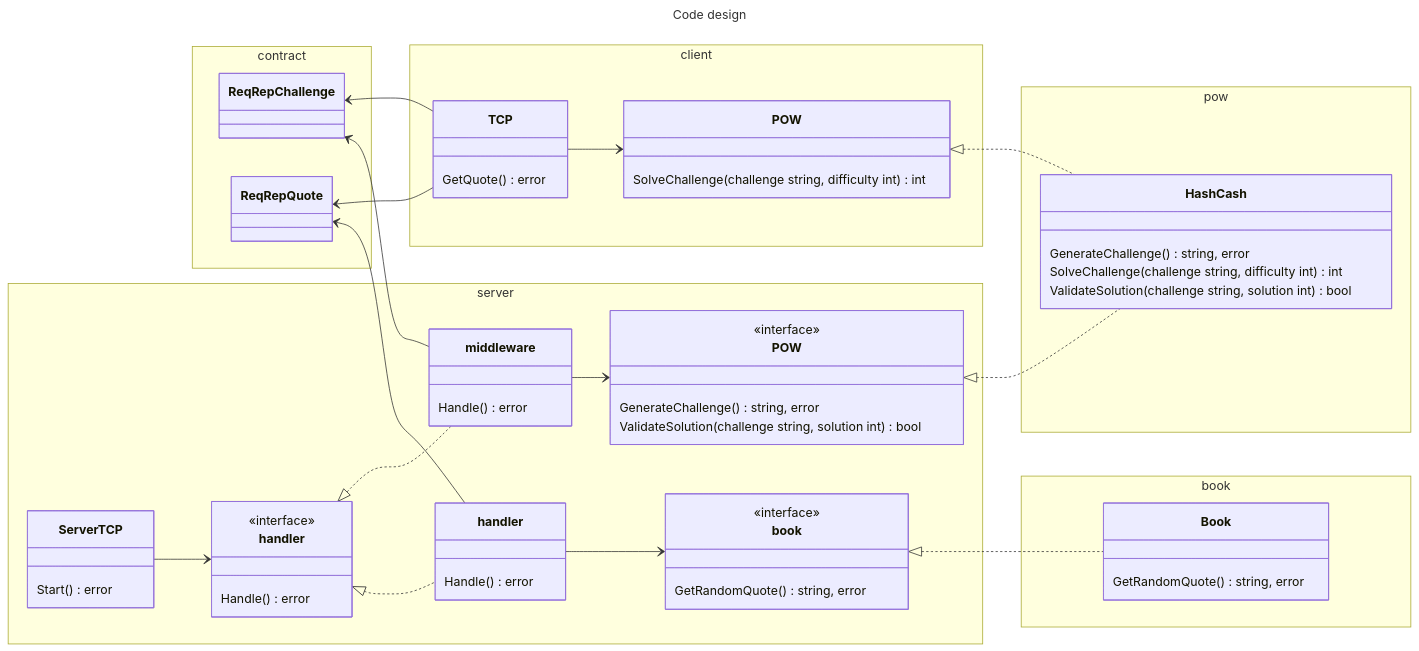
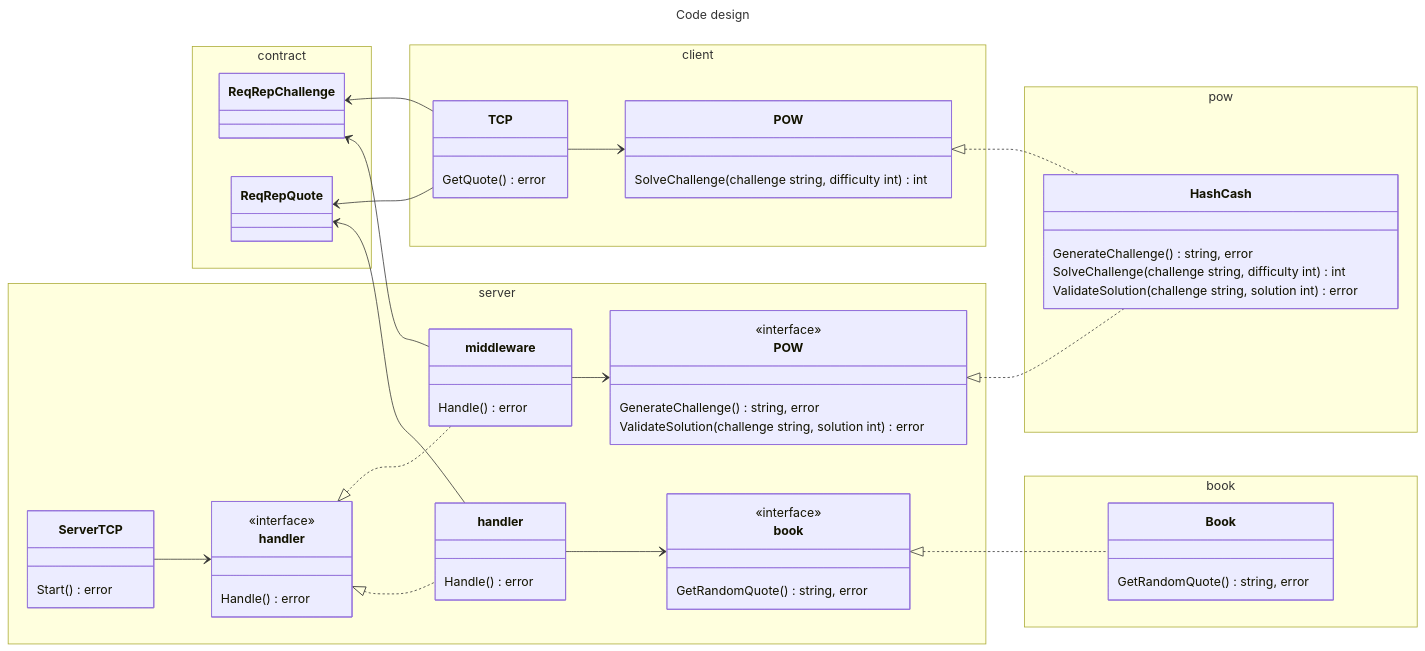
One commit to itimky/faraway-test changed the first of 2 diagrams in README.md. Above: the diagram before and after it, drawn with Mermaid. The commit also changed 6 other files, not shown here.

````diff
--- a/README.md
+++ b/README.md
@@ -20,77 +20,77 @@
 ```mermaid
 ---
 title: Code design
 ---
 classDiagram
     direction LR
     namespace contract {
         class ReqRepChallenge {
         }
         class ReqRepQuote {
         }
     }
     namespace server {
         class ServerTCP {
             Start() error
         }
 
         class ServerHandler["handler"] {
             Handle() error
         }
 
         class ServerPowMiddleware["middleware"] {
             Handle() error
         }
 
         class ServerHandlerI["handler"] {
             <<interface>>
             Handle() error
         }
 
         class ServerBook["book"] {
             <<interface>>
             GetRandomQuote() string, error
         }
 
         class ServerPOW["POW"] {
             <<interface>>
             GenerateChallenge() string, error
-            ValidateSolution(challenge string, solution int) bool
+            ValidateSolution(challenge string, solution int) error
         }
     }
     namespace client {
         class ClientTCP["TCP"] {
             GetQuote() error
         }
 
         class ClientPOW["POW"] {
             SolveChallenge(challenge string, difficulty int) int
         }
     }
     namespace pow {
         class HashCash {
             GenerateChallenge() string, error
             SolveChallenge(challenge string, difficulty int) int
-            ValidateSolution(challenge string, solution int) bool
+            ValidateSolution(challenge string, solution int) error
         }
     }
     namespace book {
         class Book {
             GetRandomQuote() string, error
         }
     }
 
     ReqRepChallenge <-- ServerPowMiddleware
     ReqRepQuote <-- ServerHandler
     ServerTCP --> ServerHandlerI
     ServerHandlerI <|.. ServerHandler
     ServerHandlerI <|.. ServerPowMiddleware
     ServerHandler --> ServerBook
     ServerPowMiddleware --> ServerPOW
     ServerBook <|.. Book
     ServerPOW <|.. HashCash
     ReqRepChallenge <-- ClientTCP
     ReqRepQuote <-- ClientTCP
     ClientTCP --> ClientPOW
     ClientPOW <|.. HashCash
 ```
````
